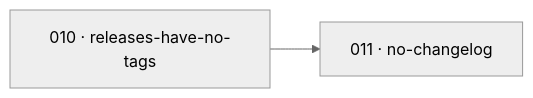
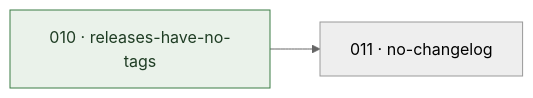
Before and after one commit to justmaniv/cannery-row: the diagram in docs/task-board.md, drawn with Mermaid (neutral theme). The commit also changed other lines of this file and 4 other files, not shown here.

````diff
--- a/docs/task-board.md
+++ b/docs/task-board.md
@@ -27,8 +27,9 @@
 ```mermaid
 graph LR
   T010["010 · releases-have-no-tags"]
   T011["011 · no-changelog"]
   T010 --> T011
   classDef satisfied fill:#EAF2EA,stroke:#3A7D44,color:#1F3D24;
   classDef external fill:#F4F1E8,stroke:#B58500,color:#5A4300;
+  class T010 satisfied
 ```
````
